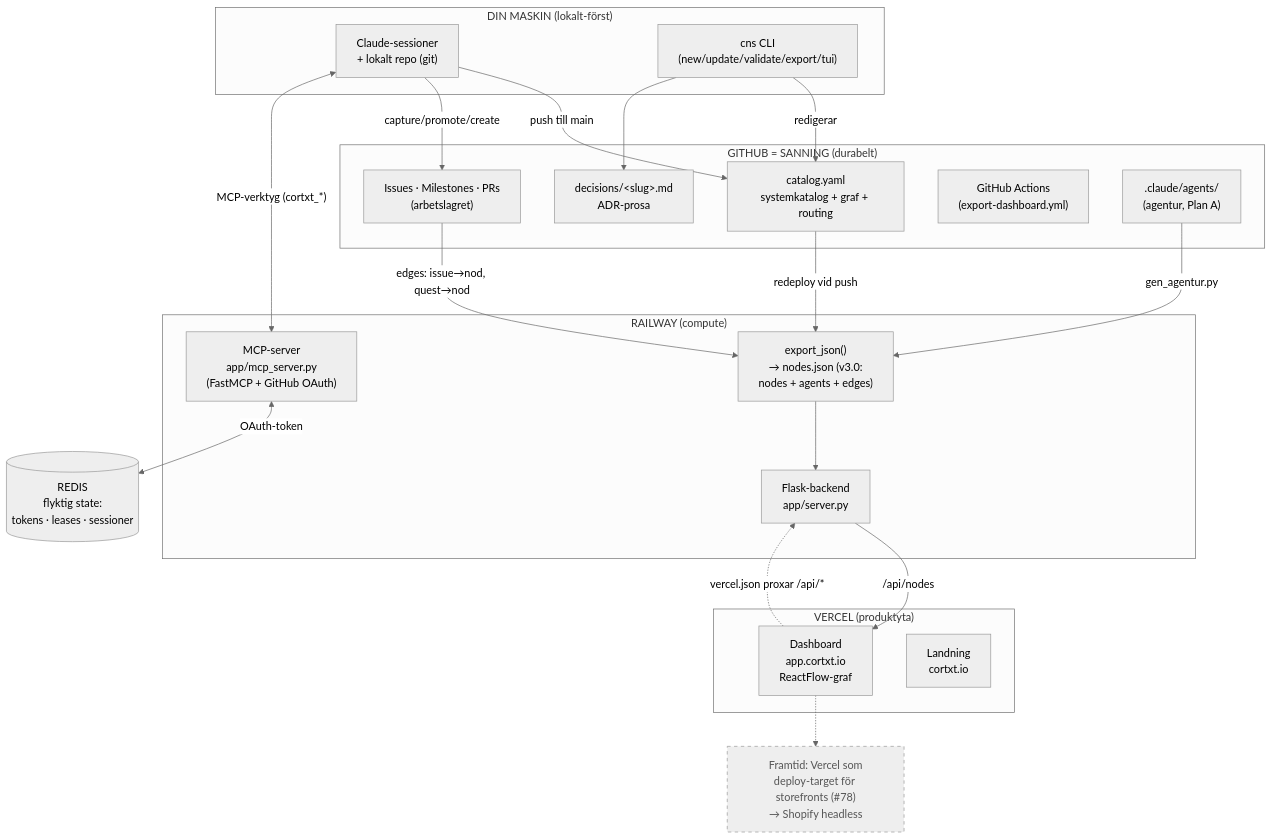
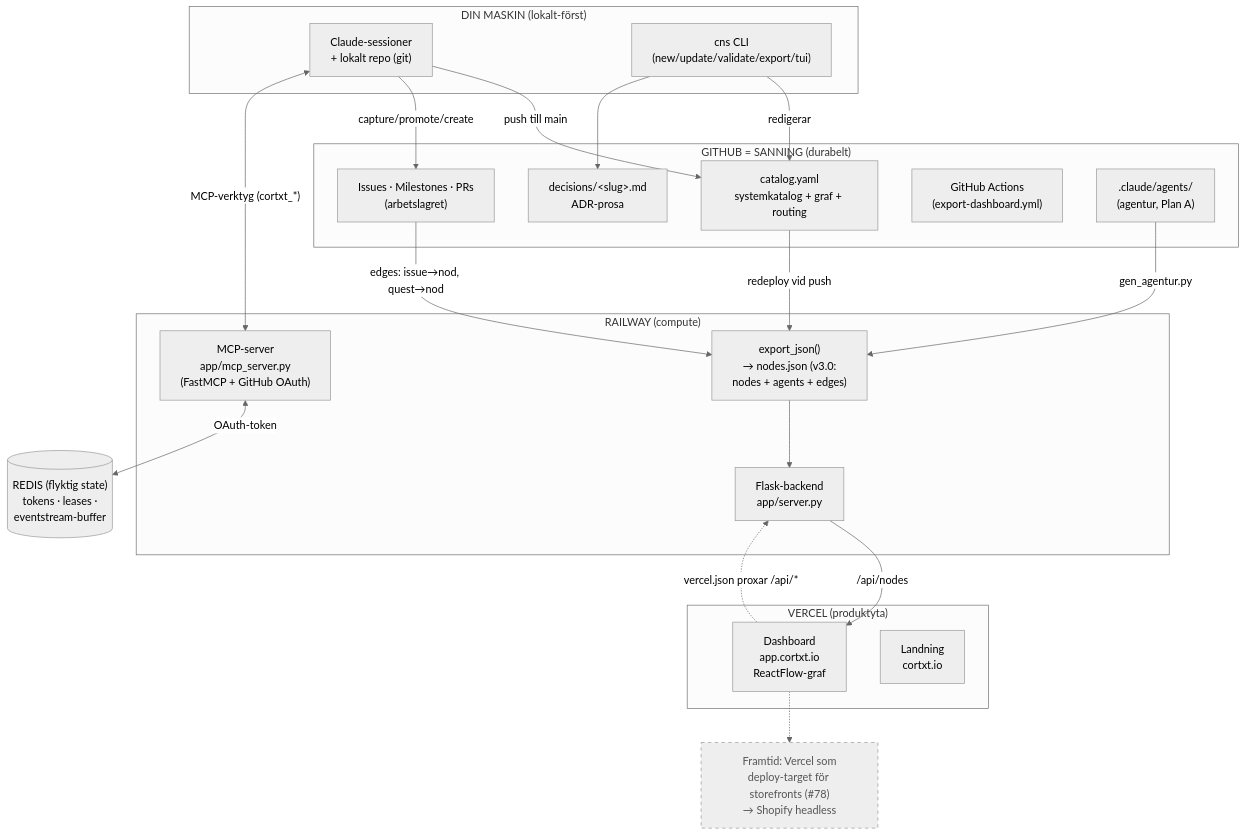
One commit to Cortxt-io/Project-CNS changed the first of 3 diagrams in docs/ORIENTERING.md. Above: the diagram before and after it, drawn with Mermaid (neutral theme). The commit also changed other lines of this file and 1 other file, not shown here.

First line of the commit message:
docs: rätta Redis-roll + dispatch-grindar (verifierat mot källkod)

````diff
--- a/docs/ORIENTERING.md
+++ b/docs/ORIENTERING.md
@@ -16,46 +16,46 @@
 ```mermaid
 flowchart TB
     subgraph LOCAL["DIN MASKIN (lokalt-först)"]
         DEV["Claude-sessioner<br/>+ lokalt repo (git)"]
         CLI["cns CLI<br/>(new/update/validate/export/tui)"]
     end
 
     subgraph GH["GITHUB = SANNING (durabelt)"]
         CAT["catalog.yaml<br/>systemkatalog + graf + routing"]
         DEC["decisions/&lt;slug&gt;.md<br/>ADR-prosa"]
         WORK["Issues · Milestones · PRs<br/>(arbetslagret)"]
         ACT["GitHub Actions<br/>(export-dashboard.yml)"]
         AGENTS[".claude/agents/<br/>(agentur, Plan A)"]
     end
 
     subgraph RAILWAY["RAILWAY (compute)"]
         FLASK["Flask-backend<br/>app/server.py"]
         MCP["MCP-server<br/>app/mcp_server.py<br/>(FastMCP + GitHub OAuth)"]
         EXPORT["export_json()<br/>→ nodes.json (v3.0:<br/>nodes + agents + edges)"]
     end
 
-    REDIS[("REDIS<br/>flyktig state:<br/>tokens · leases · sessioner")]
+    REDIS[("REDIS (flyktig state)<br/>tokens · leases ·<br/>eventstream-buffer")]
 
     subgraph VERCEL["VERCEL (produktyta)"]
         DASH["Dashboard<br/>app.cortxt.io<br/>ReactFlow-graf"]
         LAND["Landning<br/>cortxt.io"]
     end
 
     FUTURE["Framtid: Vercel som<br/>deploy-target för storefronts (#78)<br/>→ Shopify headless"]:::future
 
     DEV -->|"push till main"| CAT
     CLI -->|"redigerar"| CAT
     CLI --> DEC
     DEV -->|"capture/promote/create"| WORK
     CAT -->|"redeploy vid push"| EXPORT
     AGENTS -->|"gen_agentur.py"| EXPORT
     WORK -->|"edges: issue→nod, quest→nod"| EXPORT
     EXPORT --> FLASK
     MCP <-->|"OAuth-token"| REDIS
     DEV <-->|"MCP-verktyg (cortxt_*)"| MCP
     FLASK -->|"/api/nodes"| DASH
     DASH -.->|"vercel.json proxar /api/*"| FLASK
     DASH -.-> FUTURE
 
     classDef future fill:#eee,stroke:#999,stroke-dasharray: 5 5,color:#555;
 ```
````
